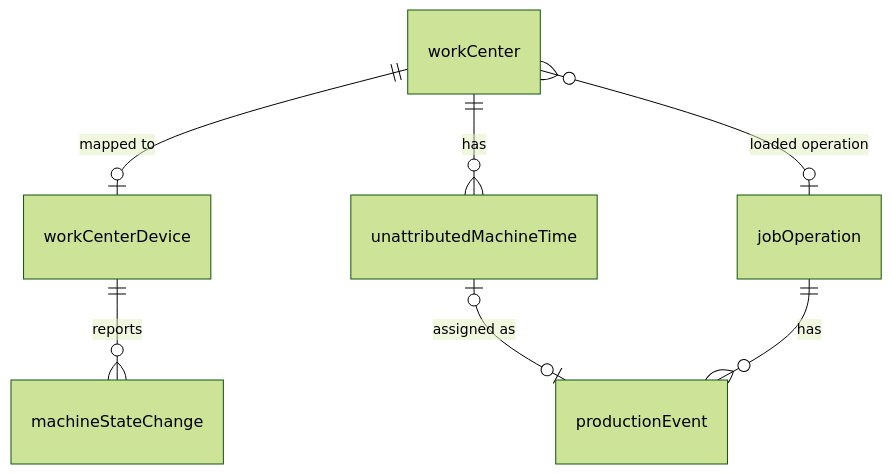
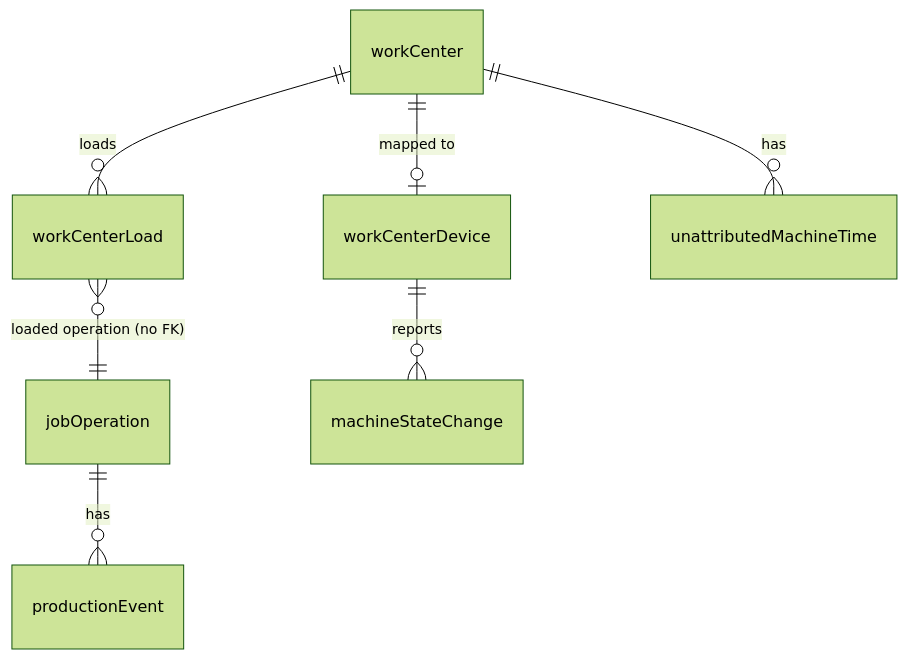
One commit to crbnos/carbon changed the second of 2 diagrams in .ai/specs/2026-10-12-oee-provider-integration.md. Above: the diagram before and after it, drawn with Mermaid (forest theme). The commit also changed other lines of this file and 70 other files, not shown here.

````diff
--- a/.ai/specs/2026-10-12-oee-provider-integration.md
+++ b/.ai/specs/2026-10-12-oee-provider-integration.md
@@ -439,9 +600,9 @@
 ```mermaid
 erDiagram
     workCenter ||--o| workCenterDevice : "mapped to"
-    workCenter }o--o| jobOperation : "loaded operation"
+    workCenter ||--o{ workCenterLoad : "loads"
+    workCenterLoad }o--|| jobOperation : "loaded operation (no FK)"
     workCenterDevice ||--o{ machineStateChange : "reports"
     workCenter ||--o{ unattributedMachineTime : "has"
-    unattributedMachineTime |o--o| productionEvent : "assigned as"
     jobOperation ||--o{ productionEvent : "has"
 ```
````
